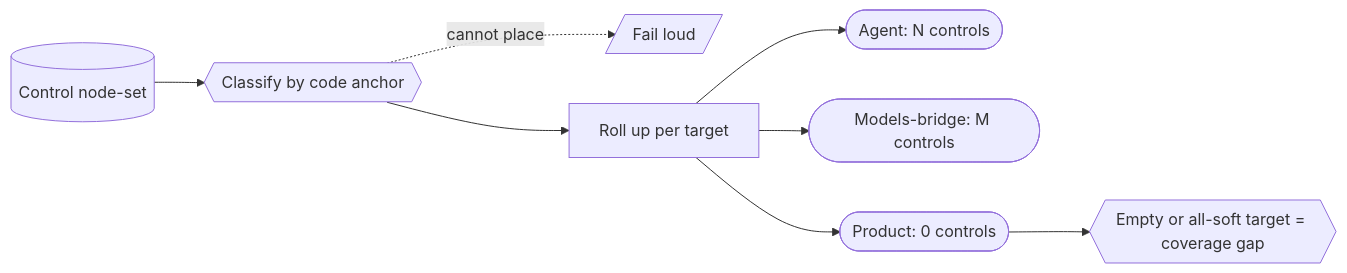
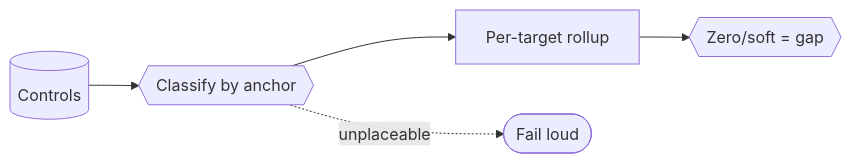
The diagram in book/appendix-fills/models-bridge/control-coverage-census.md (davisjam/agent-governance-mechanisms), drawn with Mermaid before and after one commit. The commit also changed other lines of this file and 21 other files, not shown here.

````diff
--- a/book/appendix-fills/models-bridge/control-coverage-census.md
+++ b/book/appendix-fills/models-bridge/control-coverage-census.md
@@ -37,10 +37,7 @@
 ```mermaid
 flowchart LR
-  Controls[(Control node-set)] --> Clf{{Classify by code anchor}}
-  Clf -.->|cannot place| Fail[/Fail loud/]
-  Clf --> Roll[Roll up per target]
-  Roll --> T1([Agent: N controls])
-  Roll --> T2([Models-bridge: M controls])
-  Roll --> T3([Product: 0 controls])
-  T3 --> Gap{{Empty or all-soft target = coverage gap}}
+  Controls[(Controls)] --> Clf{{Classify by anchor}}
+  Clf --> Roll[Per-target rollup]
+  Roll --> Gap{{Zero/soft = gap}}
+  Clf -.->|unplaceable| Fail([Fail loud])
 ```
````
